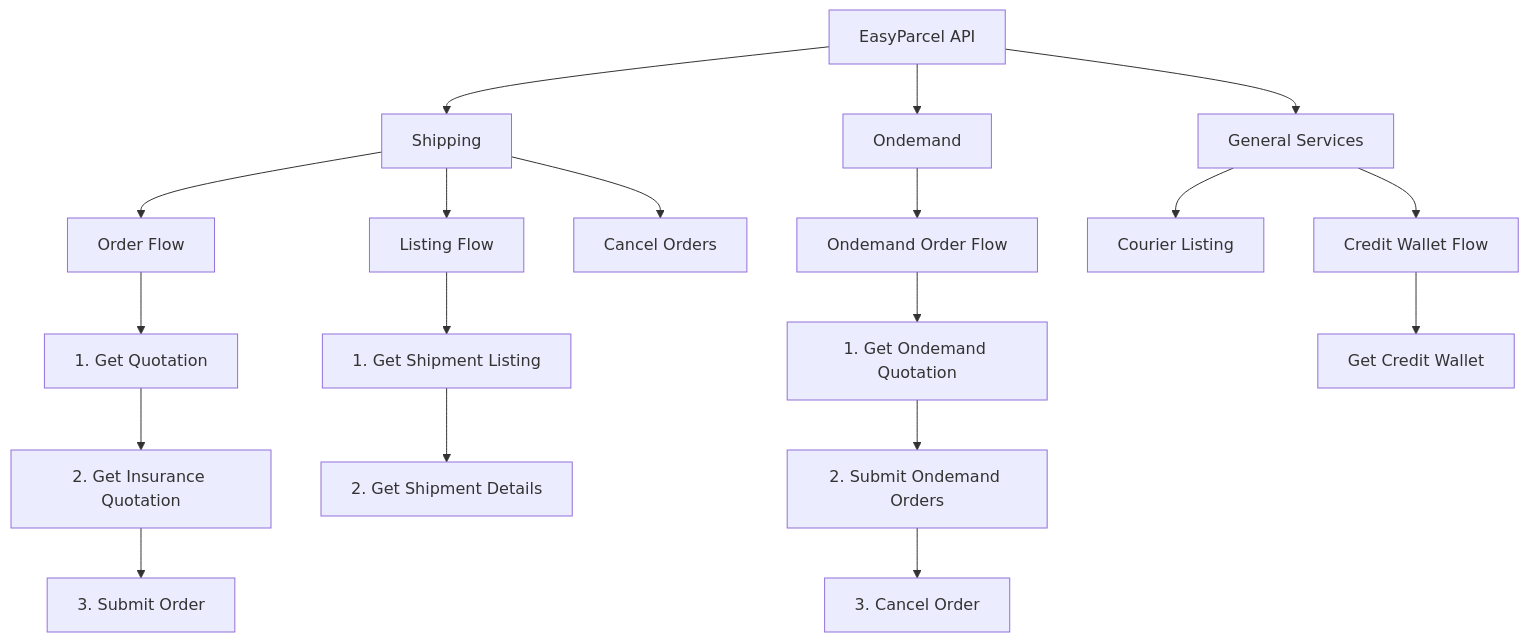
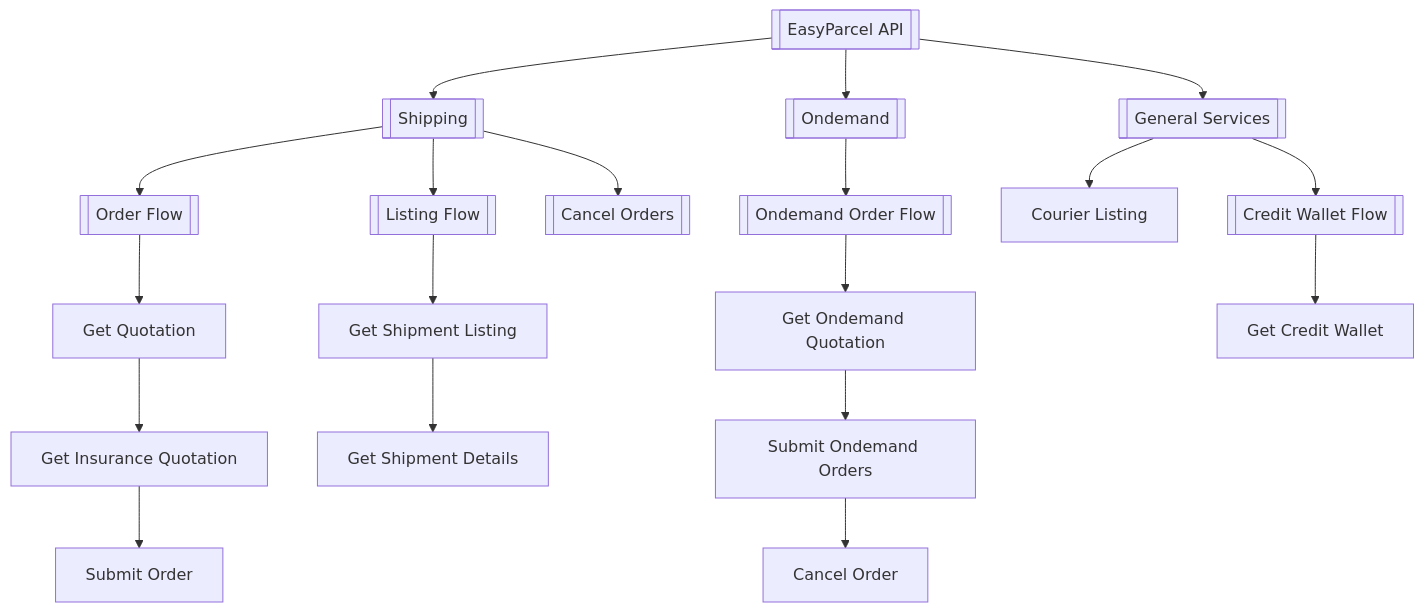
The diagram in README.md (easyparcel/OpenAPI), drawn with Mermaid before and after one commit.

````diff
--- a/README.md
+++ b/README.md
@@ -7,31 +7,31 @@
 ```mermaid
 graph TD
-    A[EasyParcel API] --> B[Shipping]
-    A --> C[Ondemand]
-    A --> D[General Services]
+    A[[EasyParcel API]] --> B[[Shipping]]
+    A --> C[[Ondemand]]
+    A --> D[[General Services]]
     
     %% Shipping Flow
-    B --> B1[Order Flow]
-    B --> B2[Listing Flow]
-    B --> B3[Cancel Orders]
+    B --> B1[[Order Flow]]
+    B --> B2[[Listing Flow]]
+    B --> B3[[Cancel Orders]]
     
     %% Order Flow
-    B1 --> B11[1. Get Quotation]
-    B11 --> B12[2. Get Insurance Quotation]
-    B12 --> B13[3. Submit Order]
+    B1 --> B11[Get Quotation]
+    B11 --> B12[Get Insurance Quotation]
+    B12 --> B13[Submit Order]
     
     %% Listing Flow
-    B2 --> B21[1. Get Shipment Listing]
-    B21 --> B22[2. Get Shipment Details]
+    B2 --> B21[Get Shipment Listing]
+    B21 --> B22[Get Shipment Details]
     
     %% Ondemand Flow
-    C --> C1[Ondemand Order Flow]
-    C1 --> C11[1. Get Ondemand Quotation]
-    C11 --> C12[2. Submit Ondemand Orders]
-    C12 --> C13[3. Cancel Order]
+    C --> C1[[Ondemand Order Flow]]
+    C1 --> C11[Get Ondemand Quotation]
+    C11 --> C12[Submit Ondemand Orders]
+    C12 --> C13[Cancel Order]
     
     %% General Services
     D --> D1[Courier Listing]
-    D --> D2[Credit Wallet Flow]
+    D --> D2[[Credit Wallet Flow]]
     D2 --> D21[Get Credit Wallet]
 ```
````
